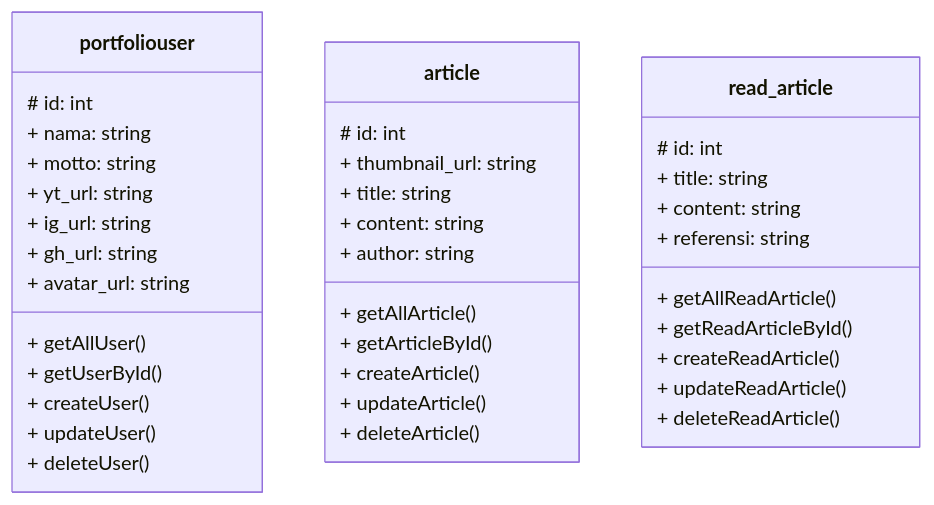
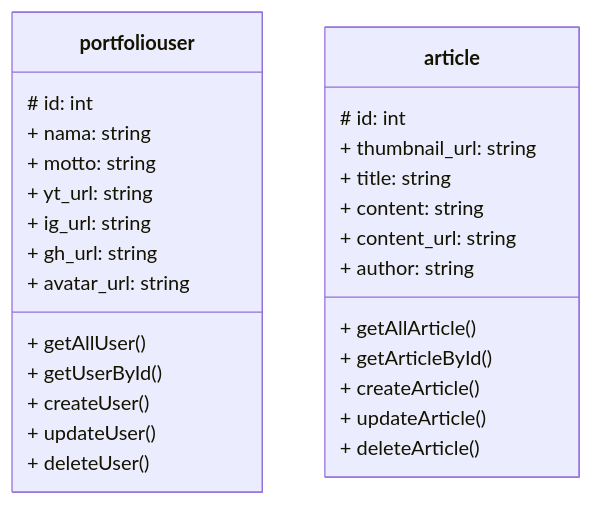
One commit to Tariiss/tekweb2022 changed the diagram in API_POINT.md. Above: the diagram before and after it, drawn with Mermaid. The commit also changed other lines of this file, not shown here.

````diff
--- a/API_POINT.md
+++ b/API_POINT.md
@@ -314,40 +219,30 @@
 ```mermaid
 classDiagram
     class portfoliouser{
         # id: int
         + nama: string
         + motto: string
         + yt_url: string
         + ig_url: string
         + gh_url: string
         + avatar_url: string
         + getAllUser()
         + getUserById()
         + createUser()
         + updateUser()
         + deleteUser()
     }
     class article{
         # id: int
         + thumbnail_url: string
         + title: string
         + content: string
+        + content_url: string
         + author: string
         + getAllArticle()
         + getArticleById()
         + createArticle()
         + updateArticle()
         + deleteArticle()
     }
-    class read_article{
-        # id: int
-        + title: string
-        + content: string
-        + referensi: string
-        + getAllReadArticle()
-        + getReadArticleById()
-        + createReadArticle()
-        + updateReadArticle()
-        + deleteReadArticle()
-    }
 ```
````
